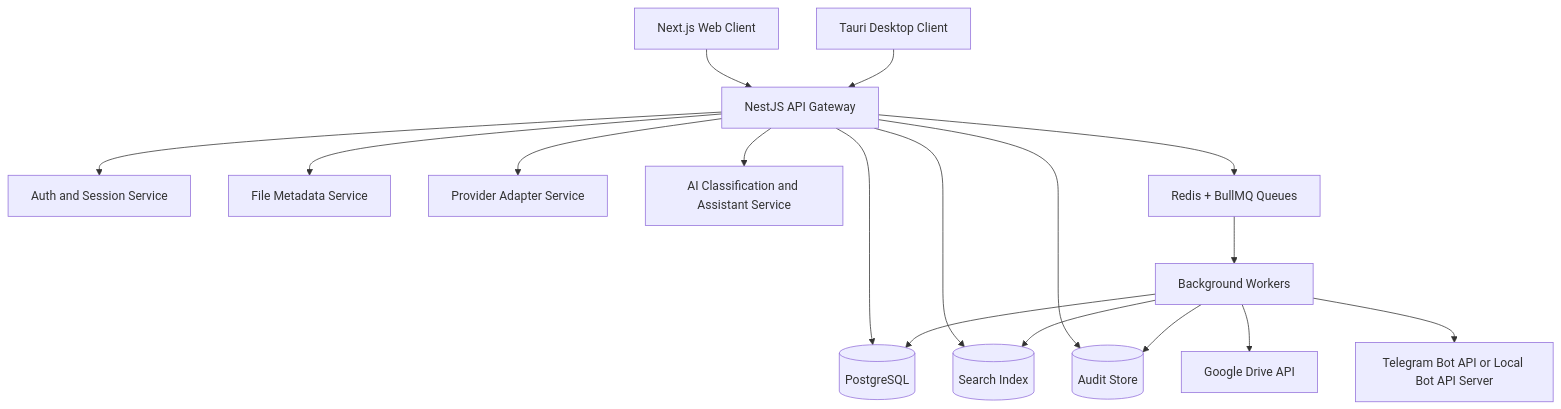
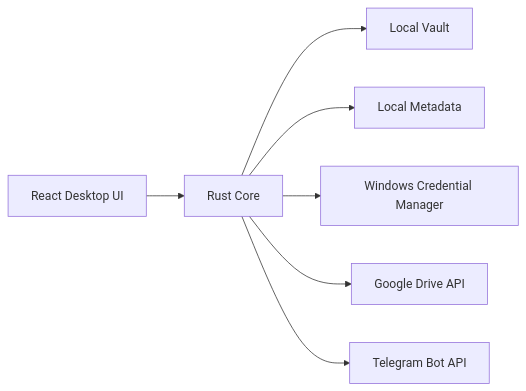
One commit to TrisMinh/StoragePK changed the diagram in docs/architecture/system-overview.md. Above: the diagram before and after it, drawn with Mermaid. The commit also changed other lines of this file and 117 other files, not shown here.

````diff
--- a/docs/architecture/system-overview.md
+++ b/docs/architecture/system-overview.md
@@ -36,34 +7,9 @@
 ```mermaid
-flowchart TB
-  Web[Next.js Web Client]
-  Desktop[Tauri Desktop Client]
-  API[NestJS API Gateway]
-  Auth[Auth and Session Service]
-  FileSvc[File Metadata Service]
-  ProviderSvc[Provider Adapter Service]
-  AISvc[AI Classification and Assistant Service]
-  Queue[Redis + BullMQ Queues]
-  Workers[Background Workers]
-  DB[(PostgreSQL)]
-  Search[(Search Index)]
-  Audit[(Audit Store)]
-  Drive[Google Drive API]
-  Telegram[Telegram Bot API or Local Bot API Server]
-
-  Web --> API
-  Desktop --> API
-  API --> Auth
-  API --> FileSvc
-  API --> ProviderSvc
-  API --> AISvc
-  API --> DB
-  API --> Search
-  API --> Audit
-  API --> Queue
-  Queue --> Workers
-  Workers --> DB
-  Workers --> Search
-  Workers --> Drive
-  Workers --> Telegram
-  Workers --> Audit
+flowchart LR
+  UI[React Desktop UI] --> Core[Rust Core]
+  Core --> Vault[Local Vault]
+  Core --> State[Local Metadata]
+  Core --> Credentials[Windows Credential Manager]
+  Core --> Drive[Google Drive API]
+  Core --> Telegram[Telegram Bot API]
 ```
````
